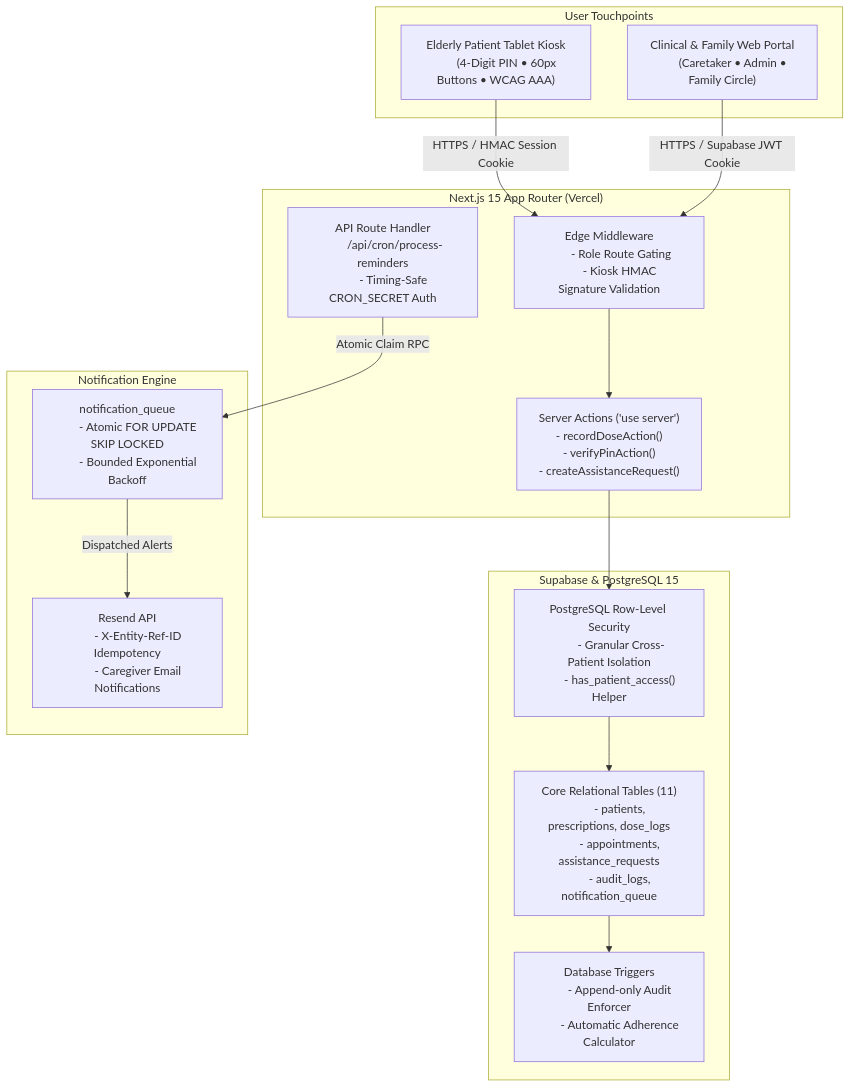
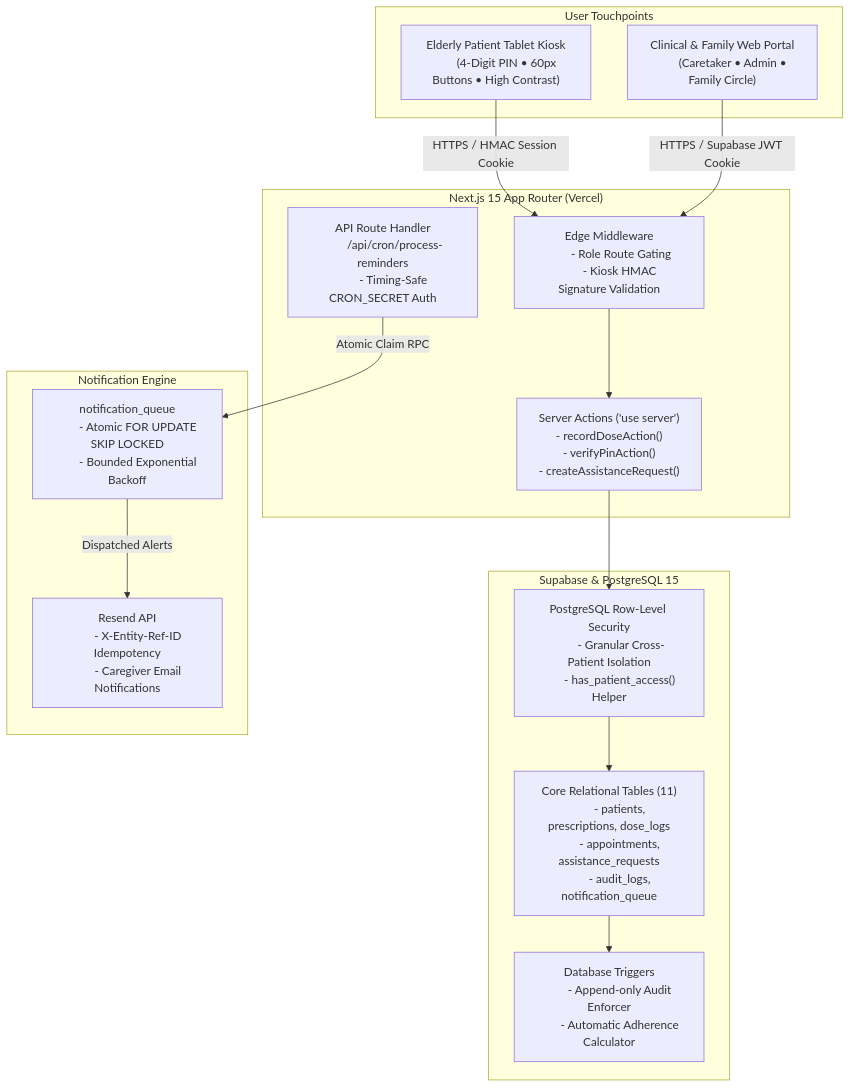
Before and after one commit to 2k24cs1k2412828-cloud/medibuddy_xcatalyst: the second of 2 diagrams in README.md, drawn with Mermaid. The commit also changed other lines of this file and 6 other files, not shown here.

````diff
--- a/README.md
+++ b/README.md
@@ -121,59 +121,59 @@
 ```mermaid
 flowchart TD
     subgraph Clients["User Touchpoints"]
         Kiosk["Elderly Patient Tablet Kiosk
-        (4-Digit PIN • 60px Buttons • WCAG AAA)"]
+        (4-Digit PIN • 60px Buttons • High Contrast)"]
         Portal["Clinical & Family Web Portal
         (Caretaker • Admin • Family Circle)"]
     end
 
     subgraph AppRouter["Next.js 15 App Router (Vercel)"]
         Middleware["Edge Middleware
         - Role Route Gating
         - Kiosk HMAC Signature Validation"]
         
         Actions["Server Actions ('use server')
         - recordDoseAction()
         - verifyPinAction()
         - createAssistanceRequest()"]
         
         CronRoute["API Route Handler
         /api/cron/process-reminders
         - Timing-Safe CRON_SECRET Auth"]
     end
 
     subgraph DataTier["Supabase & PostgreSQL 15"]
         RLS["PostgreSQL Row-Level Security
         - Granular Cross-Patient Isolation
         - has_patient_access() Helper"]
         
         Tables["Core Relational Tables (11)
         - patients, prescriptions, dose_logs
         - appointments, assistance_requests
         - audit_logs, notification_queue"]
         
         Triggers["Database Triggers
         - Append-only Audit Enforcer
         - Automatic Adherence Calculator"]
     end
 
     subgraph AlertPipeline["Notification Engine"]
         WorkerQueue["notification_queue
         - Atomic FOR UPDATE SKIP LOCKED
         - Bounded Exponential Backoff"]
         
         Resend["Resend API
         - X-Entity-Ref-ID Idempotency
         - Caregiver Email Notifications"]
     end
 
     Kiosk -->|HTTPS / HMAC Session Cookie| Middleware
     Portal -->|HTTPS / Supabase JWT Cookie| Middleware
     Middleware --> Actions
     Actions --> RLS
     RLS --> Tables
     Tables --> Triggers
     
     CronRoute -->|Atomic Claim RPC| WorkerQueue
     WorkerQueue -->|Dispatched Alerts| Resend
 ```
````
